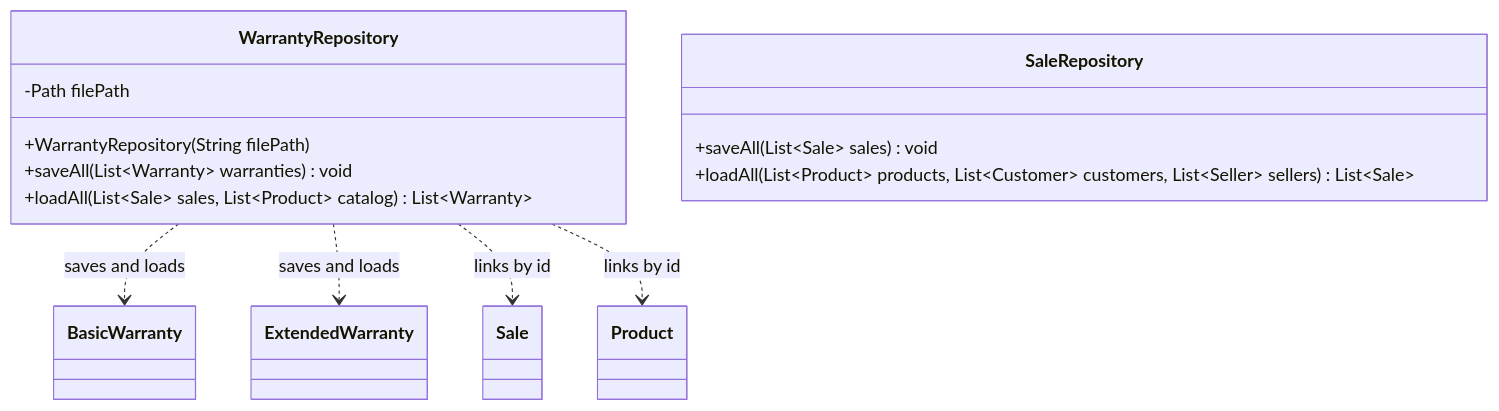
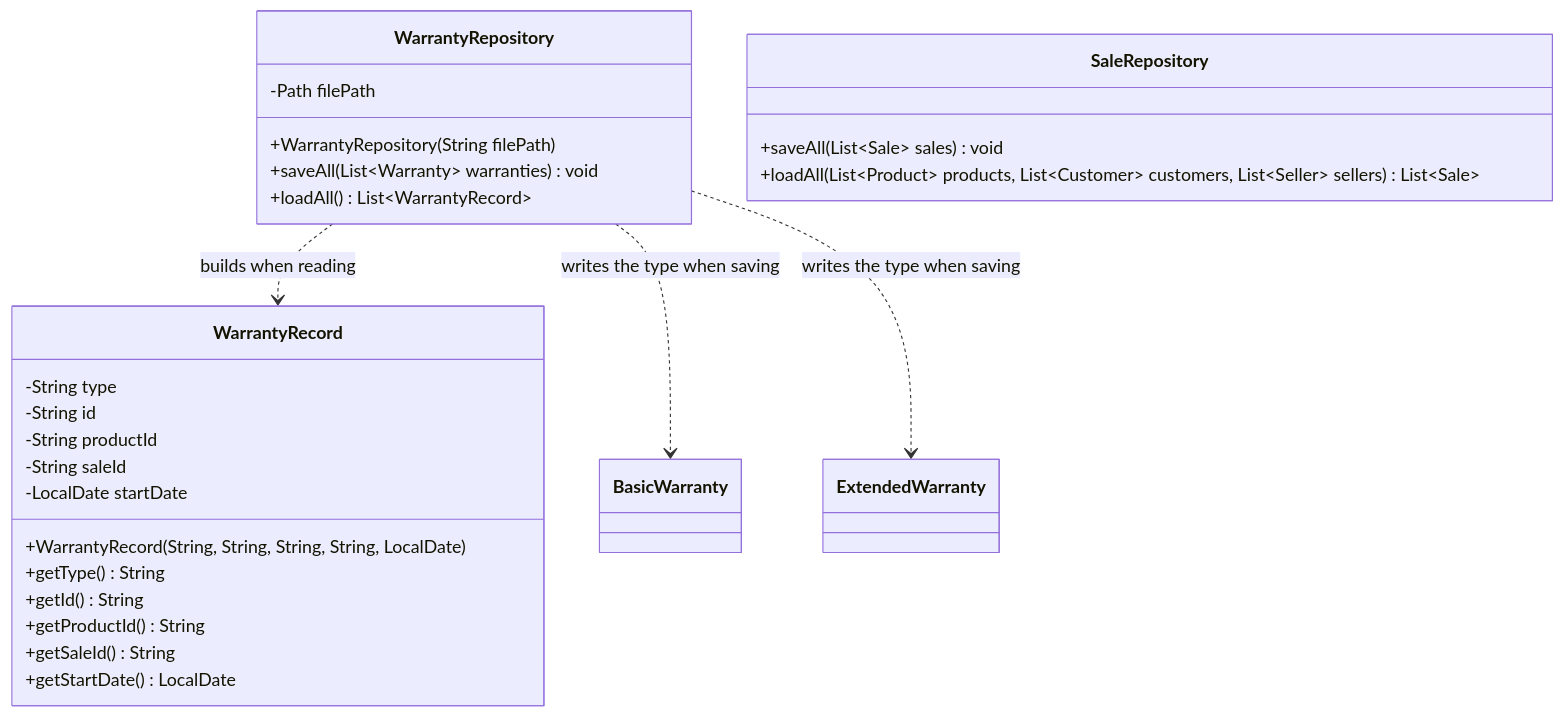
One commit to rjacostam/Gamezone-Unicesar changed the second of 4 diagrams in docs/warranty-class-diagram.md. Above: the diagram before and after it, drawn with Mermaid. The commit also changed other lines of this file, not shown here.

Commit message:
docs: reflect WarrantyRecord and new signatures in warranty class diagram

````diff
--- a/docs/warranty-class-diagram.md
+++ b/docs/warranty-class-diagram.md
@@ -103,21 +103,34 @@
 ```mermaid
 classDiagram
     direction TB
+
+    class WarrantyRecord {
+        -String type
+        -String id
+        -String productId
+        -String saleId
+        -LocalDate startDate
+        +WarrantyRecord(String, String, String, String, LocalDate)
+        +getType() String
+        +getId() String
+        +getProductId() String
+        +getSaleId() String
+        +getStartDate() LocalDate
+    }
 
     class WarrantyRepository {
         -Path filePath
         +WarrantyRepository(String filePath)
         +saveAll(List~Warranty~ warranties) void
-        +loadAll(List~Sale~ sales, List~Product~ catalog) List~Warranty~
+        +loadAll() List~WarrantyRecord~
     }
 
     class SaleRepository {
         +saveAll(List~Sale~ sales) void
         +loadAll(List~Product~ products, List~Customer~ customers, List~Seller~ sellers) List~Sale~
     }
 
-    WarrantyRepository ..> BasicWarranty : saves and loads
-    WarrantyRepository ..> ExtendedWarranty : saves and loads
-    WarrantyRepository ..> Sale : links by id
-    WarrantyRepository ..> Product : links by id
+    WarrantyRepository ..> WarrantyRecord : builds when reading
+    WarrantyRepository ..> BasicWarranty : writes the type when saving
+    WarrantyRepository ..> ExtendedWarranty : writes the type when saving
 ```
````
